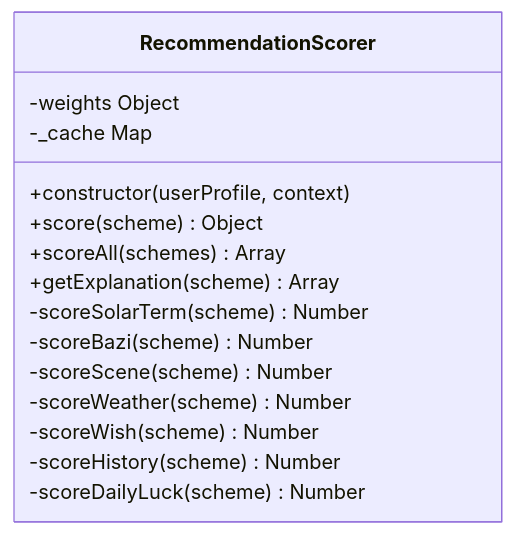
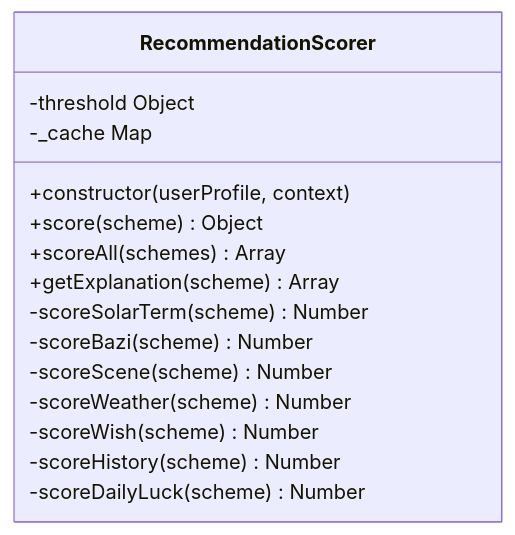
One commit to jeankeim/wuxing-fashion changed the third of 7 diagrams in .qoder/repowiki/zh/content/核心模块/评分引擎.md. Above: the diagram before and after it, drawn with Mermaid. The commit also changed other lines of this file and 27 other files, not shown here.

````diff
--- a/.qoder/repowiki/zh/content/核心模块/评分引擎.md
+++ b/.qoder/repowiki/zh/content/核心模块/评分引擎.md
@@ -154,18 +161,18 @@
 ```mermaid
 classDiagram
 class RecommendationScorer {
 +constructor(userProfile, context)
 +score(scheme) Object
 +scoreAll(schemes) Array
 +getExplanation(scheme) Array
 -scoreSolarTerm(scheme) Number
 -scoreBazi(scheme) Number
 -scoreScene(scheme) Number
 -scoreWeather(scheme) Number
 -scoreWish(scheme) Number
 -scoreHistory(scheme) Number
 -scoreDailyLuck(scheme) Number
--weights Object
+-threshold Object
 -_cache Map
 }
 ```
````
